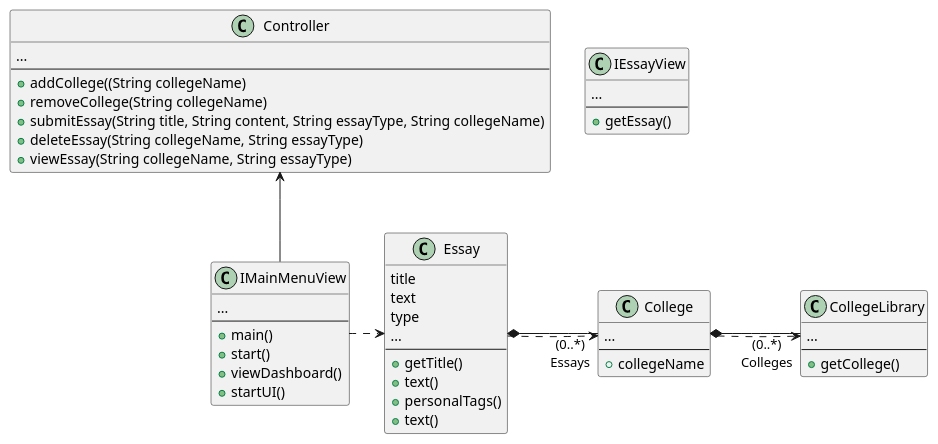
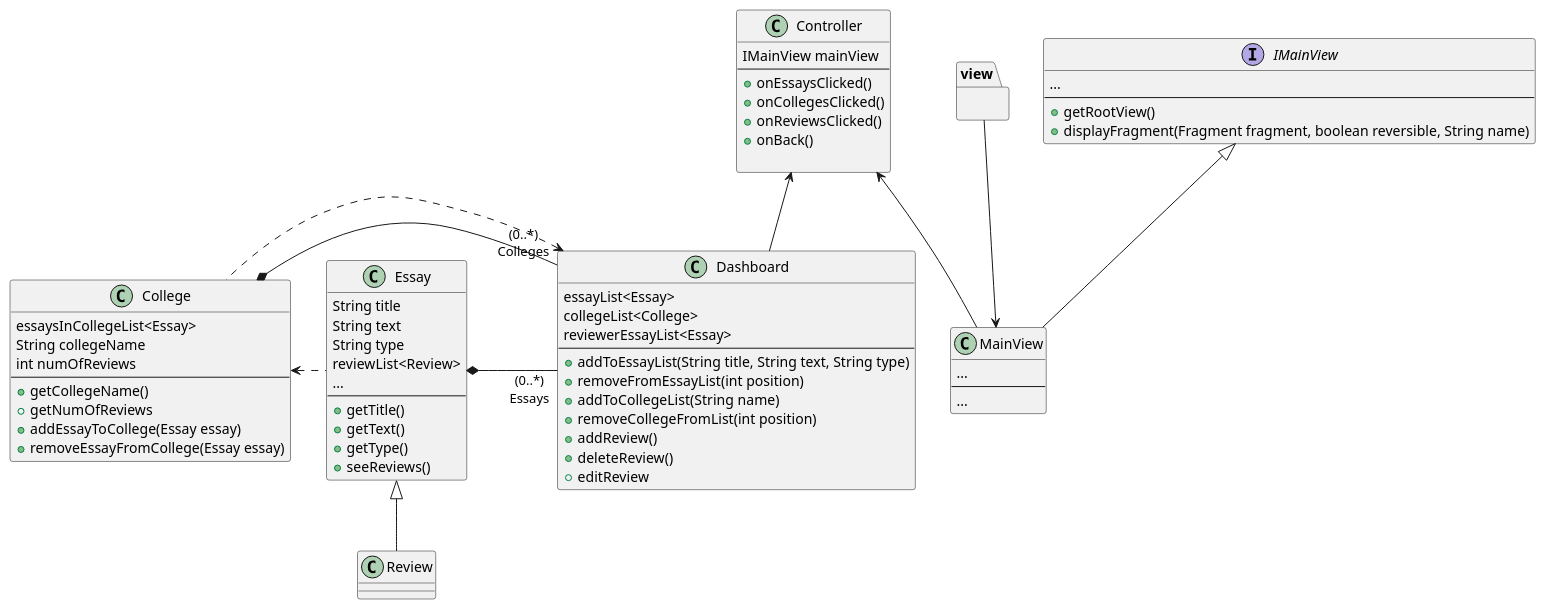
The sixth of 7 diagrams in intellij/doc/design.md (jlederer33/Essay-Review-App), drawn with PlantUML before and after one commit. The commit also changed other lines of this file, not shown here.

Commit message:
finished updating Sequence and class diagrams

````diff
--- a/intellij/doc/design.md
+++ b/intellij/doc/design.md
@@ -57,58 +83,83 @@
 ```plantuml
 
 class Essay{
-title
-text
-type
+String title
+String text
+String type
+reviewList<Review>
 ...
 --
 +getTitle()
-+text()
-+personalTags()
-+text()
-}
-
-class IEssayView{
-...
---
-+getEssay()
++getText()
++getType()
++seeReviews()
 }
 
 
-class CollegeLibrary{
+class Dashboard{
+essayList<Essay>
+collegeList<College>
+reviewerEssayList<Essay>
+--
++addToEssayList(String title, String text, String type)
++removeFromEssayList(int position)
++addToCollegeList(String name)
++removeCollegeFromList(int position)
++addReview()
++deleteReview()
++editReview
+}
+
+class Controller{
+IMainView mainView
+--
++onEssaysClicked()
++onCollegesClicked()
++onReviewsClicked()
++onBack()
+
+}
+class College{
+essaysInCollegeList<Essay>
+String collegeName
+int numOfReviews
+--
++getCollegeName()
++getNumOfReviews
++addEssayToCollege(Essay essay)
++removeEssayFromCollege(Essay essay)
+}
+
+class Review extends Essay{
+}
+
+Interface IMainView{
 ...
 --
-+getCollege()
++getRootView()
++displayFragment(Fragment fragment, boolean reversible, String name)
 }
-CollegeLibrary <. College
+
+Class MainView{
+...
+--
+...
+}
 
 
-class Controller{
-...
---
-+addCollege((String collegeName)
-+removeCollege(String collegeName)
-+submitEssay(String title, String content, String essayType, String collegeName)
-+deleteEssay(String collegeName, String essayType)
-+viewEssay(String collegeName, String essayType)
+
+package "view" as View{
 }
-class College{
-...
---
-+collegeName
-}
-class IMainMenuView{
-...
---
-+main()
-+start()
-+viewDashboard()
-+startUI()
-}
-Controller <-- IMainMenuView
-Essay .> College
-IMainMenuView .> Essay
-College *- "(0..*)\nColleges" CollegeLibrary : \t\t
-Essay *- "(0..*)\nEssays" College: \t\t
+
+
+Controller <-- MainView
+View --> MainView
+IMainView <|-- MainView
+College <. Essay
+Controller <-- Dashboard
+Dashboard <. College
+
+College *- "(0..*)\nColleges" Dashboard : \t\t
+Essay *- "(0..*)\nEssays" Dashboard: \t\t
 
 ```
````
